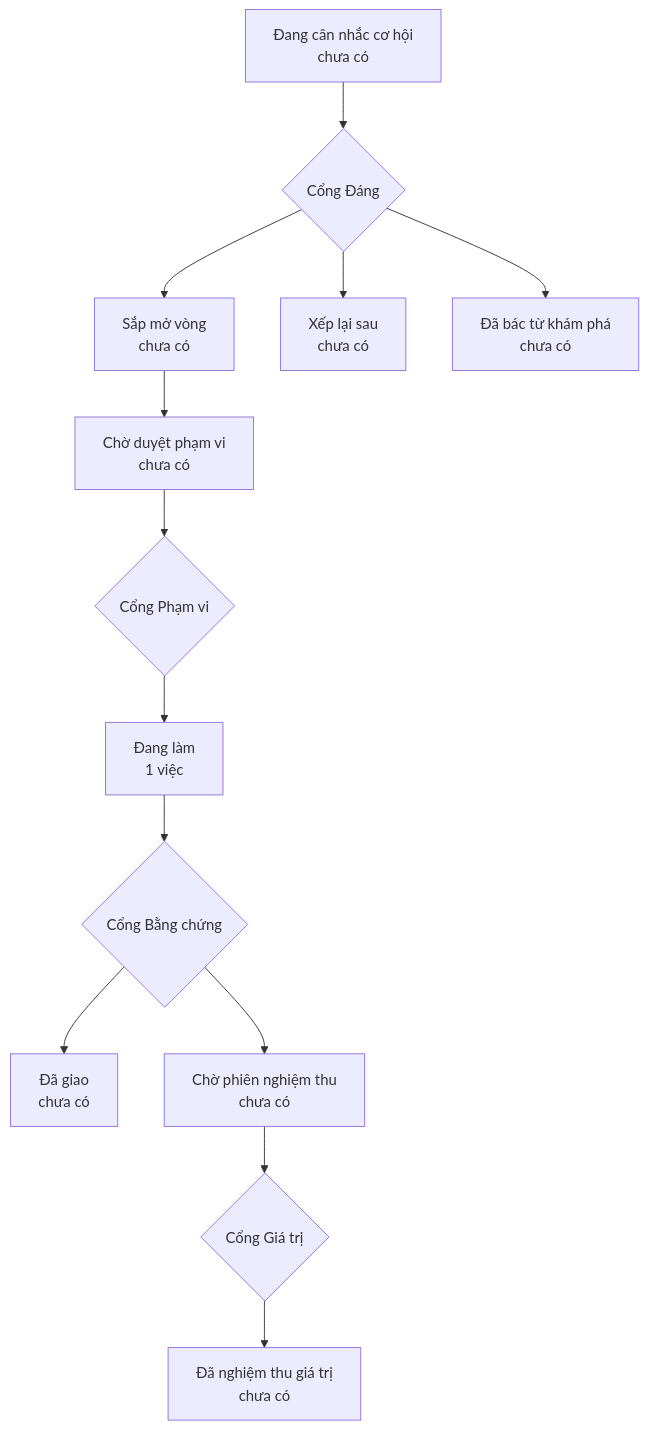
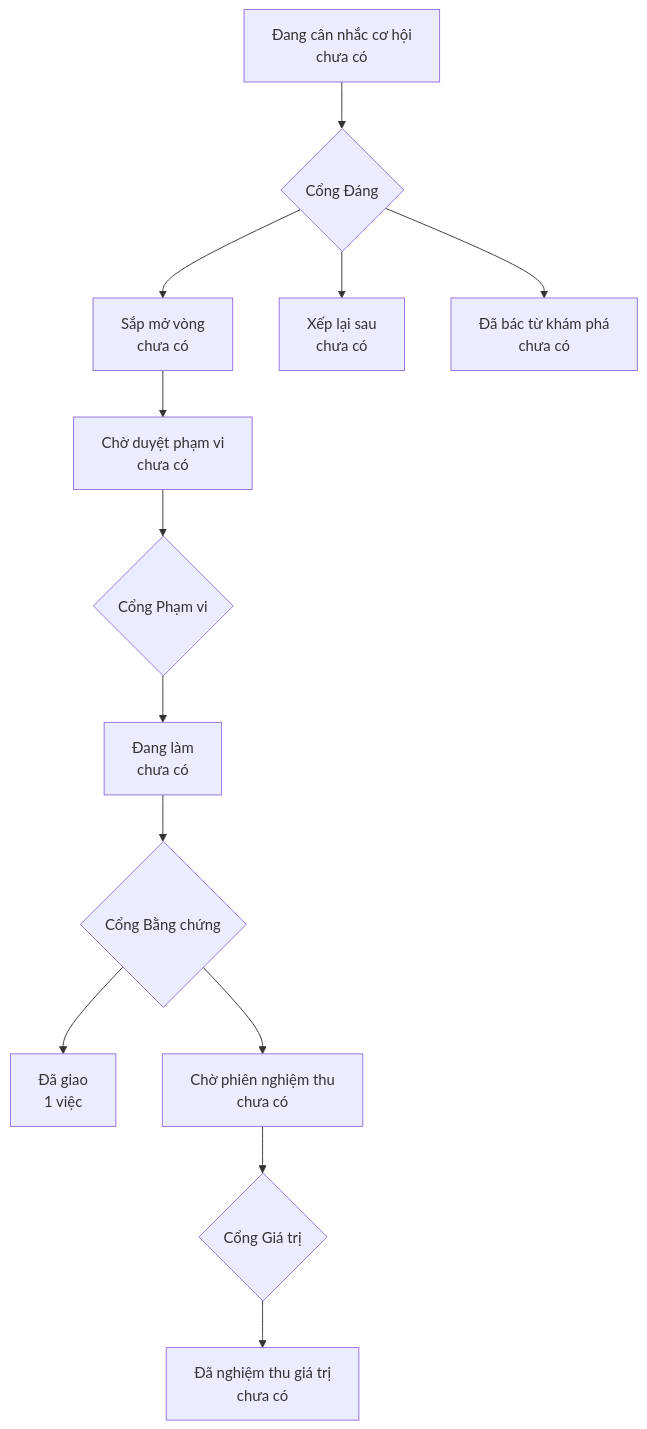
The diagram in PRODUCT-MAP.md (phanlemanh/onehub-invest), drawn with Mermaid before and after one commit. The commit also changed other lines of this file and 3 other files, not shown here.

````diff
--- a/PRODUCT-MAP.md
+++ b/PRODUCT-MAP.md
@@ -6,12 +6,12 @@
 ```mermaid
 flowchart TD
   A["Đang cân nhắc cơ hội<br/>chưa có"] --> GD{"Cổng Đáng"}
   GD --> B["Sắp mở vòng<br/>chưa có"]
   GD --> XL["Xếp lại sau<br/>chưa có"]
   GD --> DB["Đã bác từ khám phá<br/>chưa có"]
   B --> CD["Chờ duyệt phạm vi<br/>chưa có"] --> GP{"Cổng Phạm vi"}
-  GP --> DL["Đang làm<br/>1 việc"] --> GB{"Cổng Bằng chứng"}
-  GB --> DG["Đã giao<br/>chưa có"]
+  GP --> DL["Đang làm<br/>chưa có"] --> GB{"Cổng Bằng chứng"}
+  GB --> DG["Đã giao<br/>1 việc"]
   GB --> CN["Chờ phiên nghiệm thu<br/>chưa có"] --> GG{"Cổng Giá trị"}
   GG --> NT["Đã nghiệm thu giá trị<br/>chưa có"]
 ```
````
